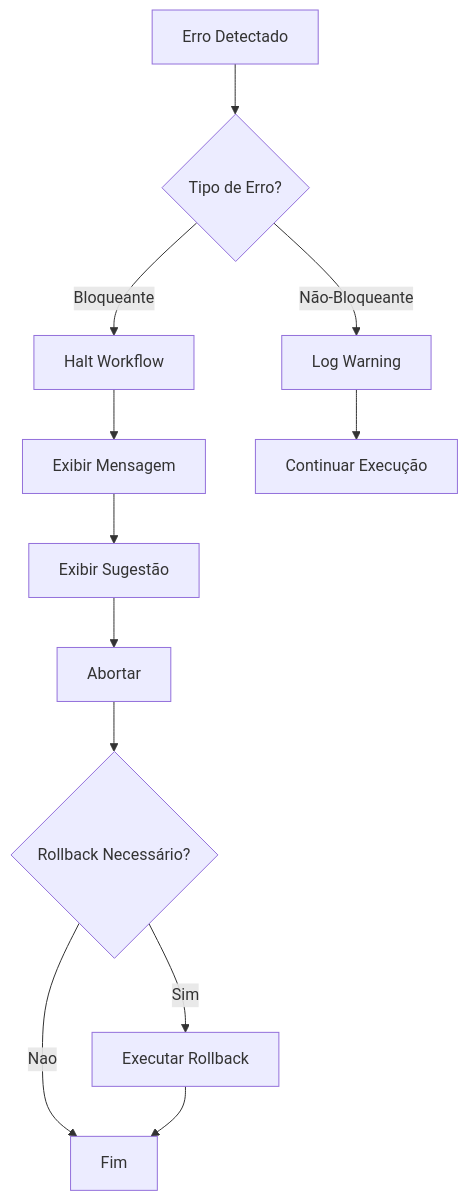
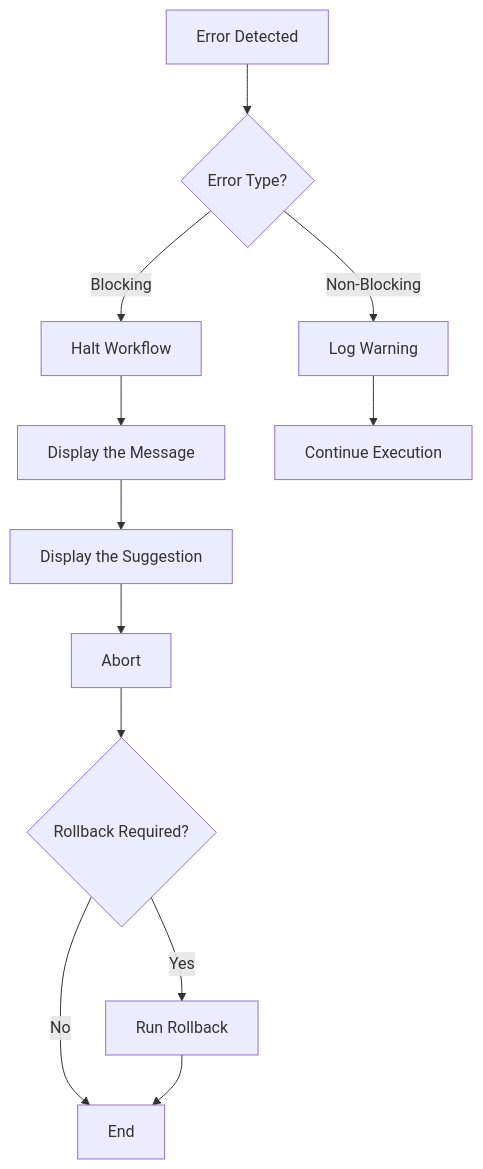
One commit to CyryxLabs/AEXOS changed the fifth of 5 diagrams in docs/aexos-workflows/auto-worktree-workflow.md. Above: the diagram before and after it, drawn with Mermaid. The commit also changed other lines of this file and 528 other files, not shown here.

````diff
--- a/docs/aexos-workflows/auto-worktree-workflow.md
+++ b/docs/aexos-workflows/auto-worktree-workflow.md
@@ -608,18 +608,18 @@
 ```mermaid
 flowchart TD
-    E1[Erro Detectado] --> E2{Tipo de Erro?}
+    E1[Error Detected] --> E2{Error Type?}
 
-    E2 -->|Bloqueante| E3[Halt Workflow]
-    E2 -->|Não-Bloqueante| E4[Log Warning]
+    E2 -->|Blocking| E3[Halt Workflow]
+    E2 -->|Non-Blocking| E4[Log Warning]
 
-    E3 --> E5[Exibir Mensagem]
-    E5 --> E6[Exibir Sugestão]
-    E6 --> E7[Abortar]
+    E3 --> E5[Display the Message]
+    E5 --> E6[Display the Suggestion]
+    E6 --> E7[Abort]
 
-    E4 --> E8[Continuar Execução]
+    E4 --> E8[Continue Execution]
 
-    E7 --> ROLLBACK{Rollback Necessário?}
-    ROLLBACK -->|Sim| E9[Executar Rollback]
-    ROLLBACK -->|Nao| END[Fim]
+    E7 --> ROLLBACK{Rollback Required?}
+    ROLLBACK -->|Yes| E9[Run Rollback]
+    ROLLBACK -->|No| END[End]
     E9 --> END
 ```
````
